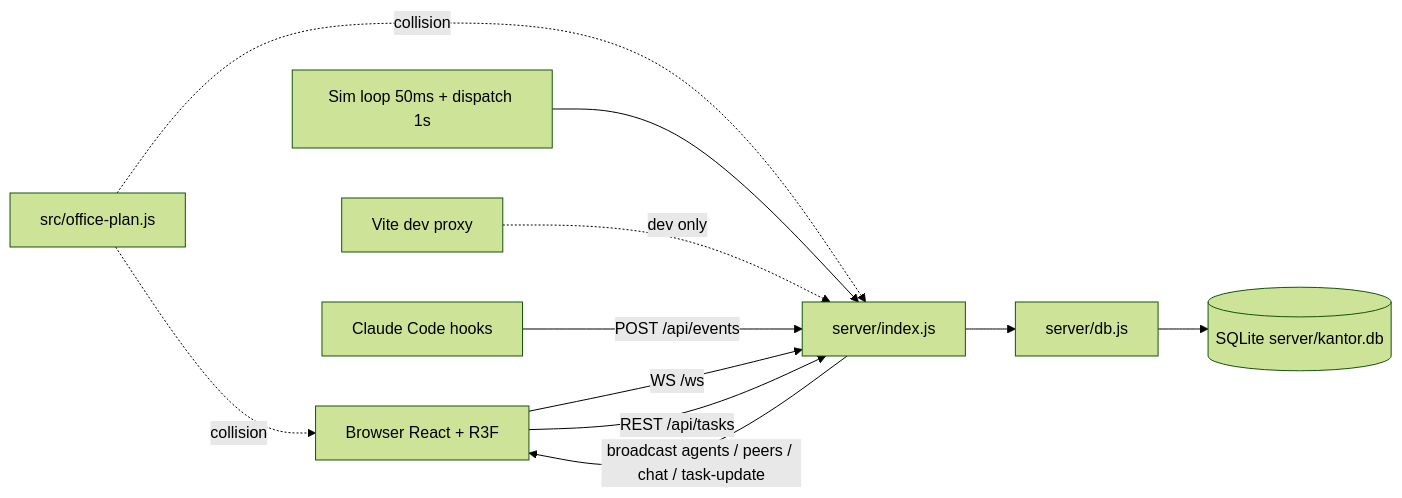
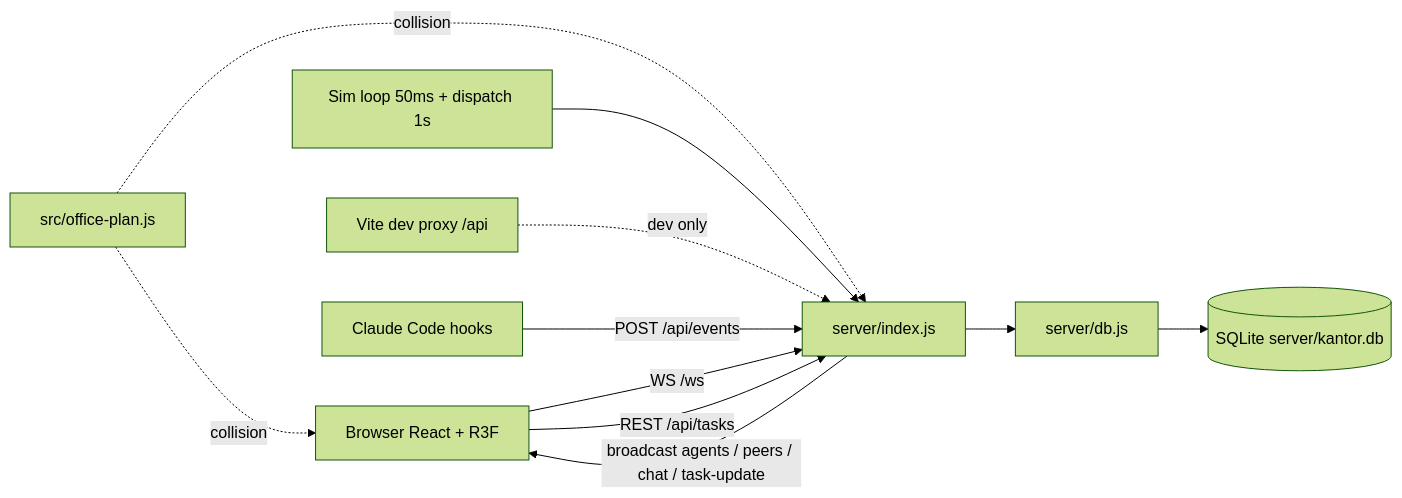
Before and after one commit to delvinalfredo/virtual_office: the diagram in docs/PROJECT.md, drawn with Mermaid (forest theme). The commit also changed other lines of this file and 16 other files, not shown here.

````diff
--- a/docs/PROJECT.md
+++ b/docs/PROJECT.md
@@ -55,13 +55,13 @@
 ```mermaid
 flowchart LR
   B[Browser React + R3F] -- WS /ws --> S[server/index.js]
   B -- REST /api/tasks --> S
   S --> D[server/db.js]
   D --> Q[(SQLite server/kantor.db)]
   L[Sim loop 50ms + dispatch 1s] --> S
   S -- broadcast agents / peers / chat / task-update --> B
   P[src/office-plan.js] -.collision.-> S
   P -.collision.-> B
-  V[Vite dev proxy] -. dev only .-> S
+  V[Vite dev proxy /api] -. dev only .-> S
   H[Claude Code hooks] -- POST /api/events --> S
 ```
````
